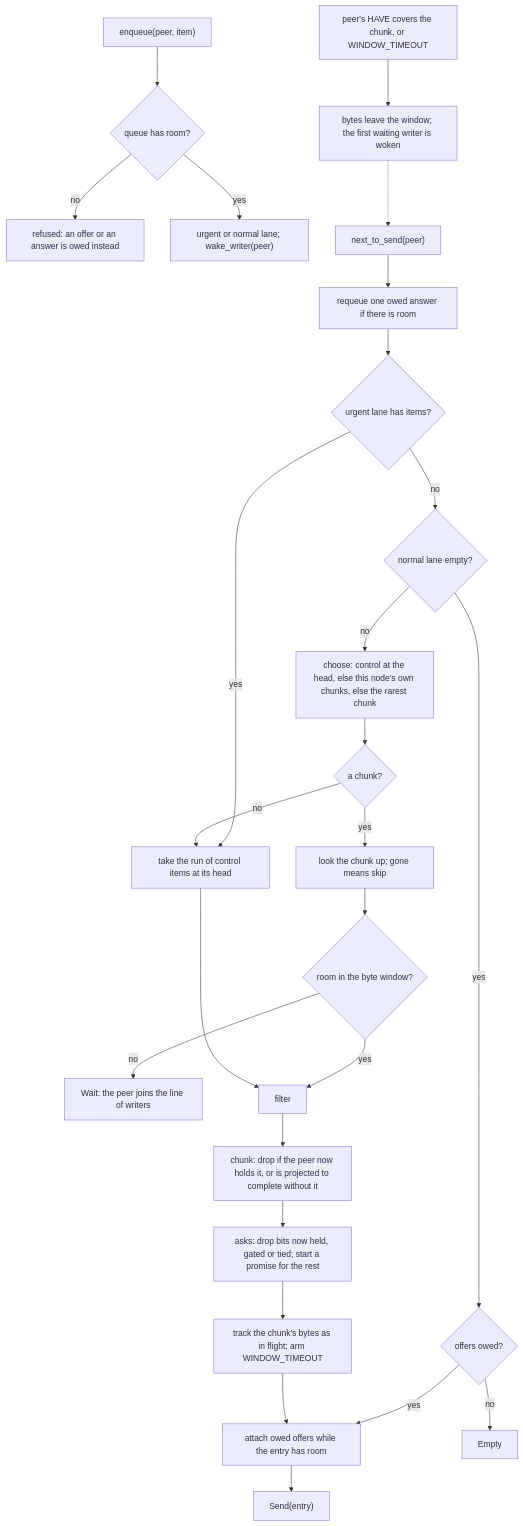
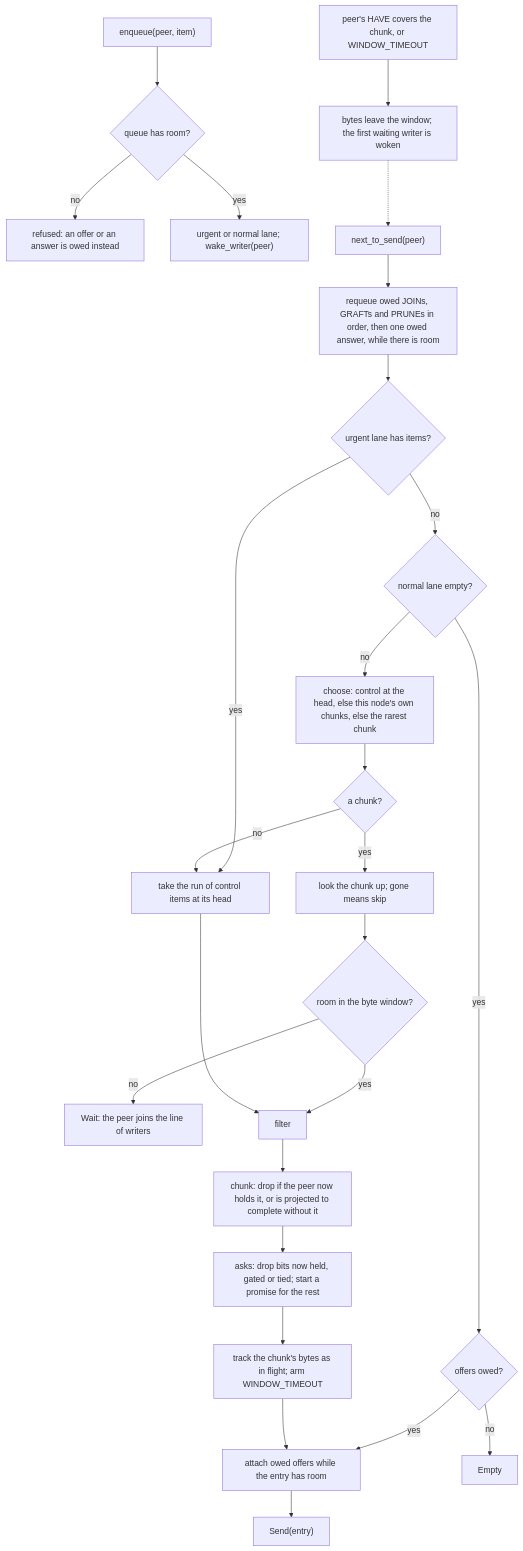
One commit to cskiraly/seacast-rs changed the fifth of 7 diagrams in README.md. Above: the diagram before and after it, drawn with Mermaid. The commit also changed other lines of this file and 11 other files, not shown here.

````diff
--- a/README.md
+++ b/README.md
@@ -232,30 +233,30 @@
 ```mermaid
 flowchart TB
   E["enqueue(peer, item)"] --> E1{"queue has room?"}
   E1 -- "no" --> E2["refused: an offer or an answer is owed instead"]
   E1 -- "yes" --> E3["urgent or normal lane; wake_writer(peer)"]
 
-  S["next_to_send(peer)"] --> S0["requeue one owed answer if there is room"]
+  S["next_to_send(peer)"] --> S0["requeue owed JOINs, GRAFTs and PRUNEs in order, then one owed answer, while there is room"]
   S0 --> S1{"urgent lane has items?"}
   S1 -- "yes" --> S2["take the run of control items at its head"]
   S1 -- "no" --> S3{"normal lane empty?"}
   S3 -- "yes" --> S4{"offers owed?"}
   S4 -- "yes" --> OW
   S4 -- "no" --> EM["Empty"]
   S3 -- "no" --> S5["choose: control at the head, else this node's own chunks, else the rarest chunk"]
   S5 --> S6{"a chunk?"}
   S6 -- "no" --> S2
   S6 -- "yes" --> S7["look the chunk up; gone means skip"]
   S7 --> S8{"room in the byte window?"}
   S8 -- "no" --> WT["Wait: the peer joins the line of writers"]
   S8 -- "yes" --> S9["filter"]
   S2 --> S9
   S9 --> S10["chunk: drop if the peer now holds it, or is projected to complete without it"]
   S10 --> S11["asks: drop bits now held, gated or tied; start a promise for the rest"]
   S11 --> S12["track the chunk's bytes as in flight; arm WINDOW_TIMEOUT"]
   S12 --> OW["attach owed offers while the entry has room"]
   OW --> SEND["Send(entry)"]
 
   REL["peer's HAVE covers the chunk, or WINDOW_TIMEOUT"] --> FR["bytes leave the window; the first waiting writer is woken"]
   FR -.-> S
 ```
````
